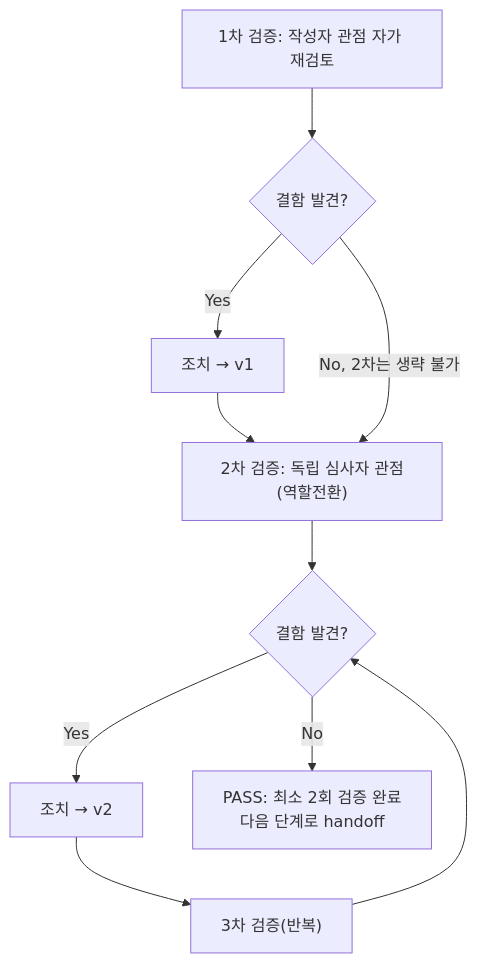
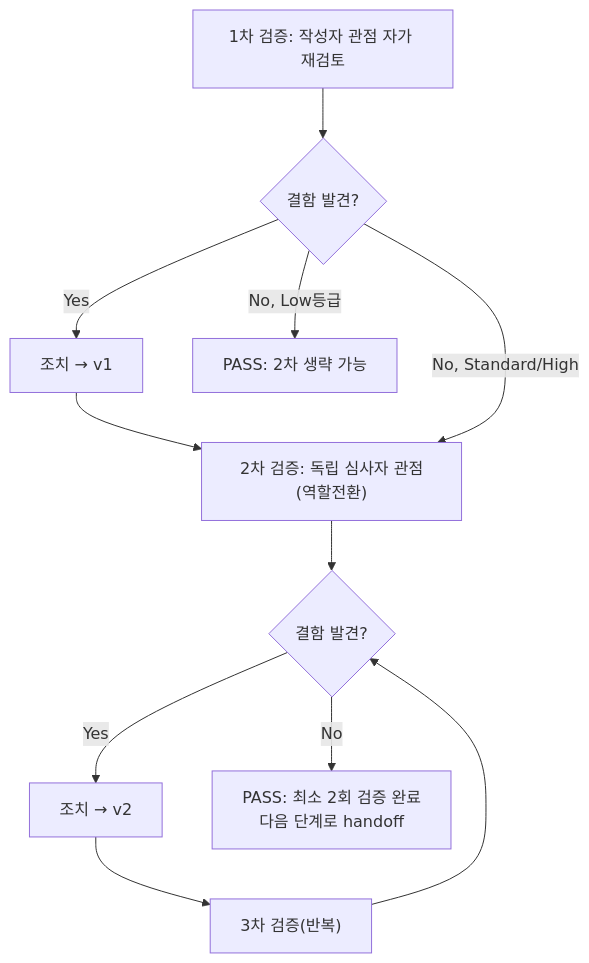
Before and after one commit to jcs19752510-ui/AI-AUTO-WORK: the diagram in templates/verification-log-template.md, drawn with Mermaid. The commit also changed other lines of this file and 5 other files, not shown here.

````diff
--- a/templates/verification-log-template.md
+++ b/templates/verification-log-template.md
@@ -50,11 +54,12 @@
 ```mermaid
 flowchart TD
     A["1차 검증: 작성자 관점 자가 재검토"] --> B{결함 발견?}
     B -->|Yes| C["조치 → v1"]
     C --> D["2차 검증: 독립 심사자 관점(역할전환)"]
-    B -->|No, 2차는 생략 불가| D
+    B -->|"No, Low등급"| P["PASS: 2차 생략 가능"]
+    B -->|"No, Standard/High"| D
     D --> E{결함 발견?}
     E -->|Yes| F["조치 → v2"] --> G["3차 검증(반복)"]
     G --> E
     E -->|No| H["PASS: 최소 2회 검증 완료<br/>다음 단계로 handoff"]
 ```
````
